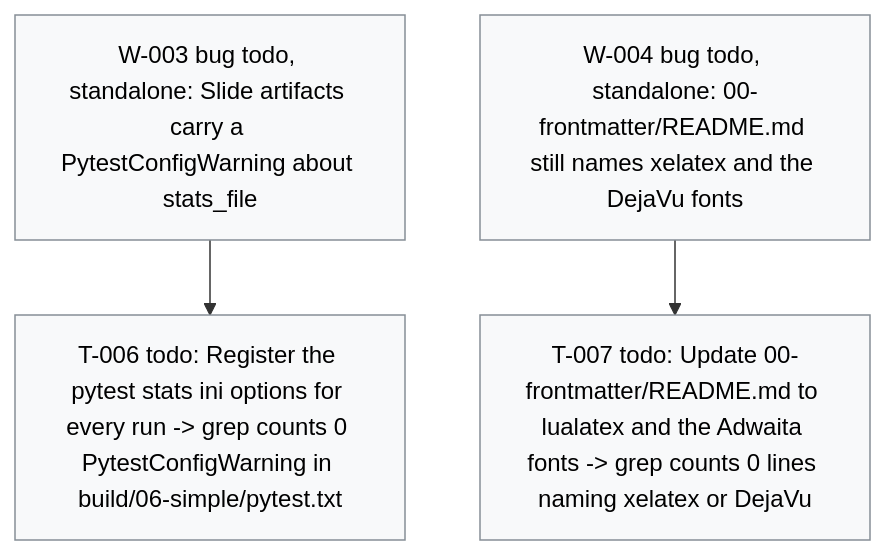
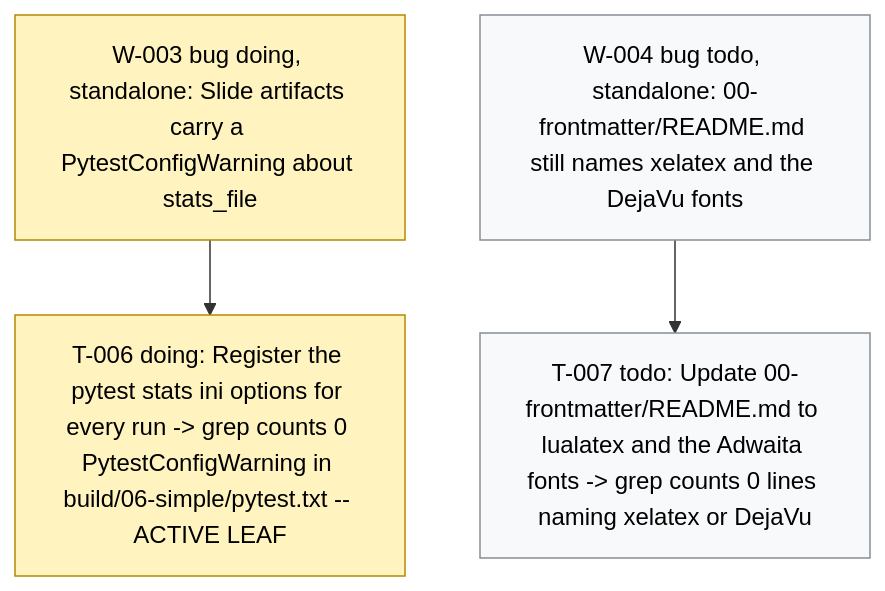
The diagram in .board/BOARD.md (dpopchev/chaos-to-simple), drawn with Mermaid before and after one commit. The commit also changed other lines of this file and 2 other files, not shown here.

Commit message:
chore(board): activate W-003, start T-006
Refs: W-003 T-006

````diff
--- a/.board/BOARD.md
+++ b/.board/BOARD.md
@@ -30,13 +30,14 @@
 ```mermaid
 flowchart TD
-  W003["W-003 bug todo, standalone: Slide artifacts carry a PytestConfigWarning about stats_file"]
-  W003 --> T006["T-006 todo: Register the pytest stats ini options for every run -> grep counts 0 PytestConfigWarning in build/06-simple/pytest.txt"]
+  W003["W-003 bug doing, standalone: Slide artifacts carry a PytestConfigWarning about stats_file"]
+  W003 --> T006["T-006 doing: Register the pytest stats ini options for every run -> grep counts 0 PytestConfigWarning in build/06-simple/pytest.txt -- ACTIVE LEAF"]
   W004["W-004 bug todo, standalone: 00-frontmatter/README.md still names xelatex and the DejaVu fonts"]
   W004 --> T007["T-007 todo: Update 00-frontmatter/README.md to lualatex and the Adwaita fonts -> grep counts 0 lines naming xelatex or DejaVu"]
   classDef doing fill:#fff3bf,stroke:#b58900,color:#000;
   classDef blocked fill:#ffe3e3,stroke:#c92a2a,color:#000;
   classDef done fill:#e6ffed,stroke:#2b8a3e,color:#000;
   classDef todo fill:#f8f9fa,stroke:#868e96,color:#000;
   classDef pruned fill:#f1f3f5,stroke:#adb5bd,color:#000;
-  class W003,T006,W004,T007 todo
+  class W003,T006 doing
+  class W004,T007 todo
 ```
````
